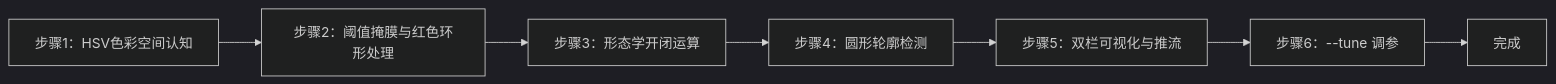
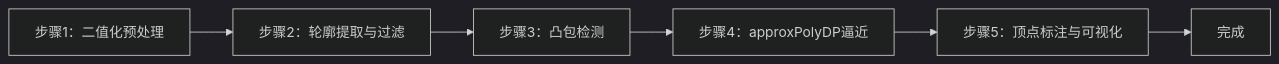
Before and after one commit to aibittek/course_generate_agent: the first of 6 diagrams in courses/sheet1/robot_vision/_parts/experiment-3.md, drawn with Mermaid (dark theme). The commit also changed other lines of this file and 98 other files, not shown here.

````diff
--- a/courses/sheet1/robot_vision/_parts/experiment-3.md
+++ b/courses/sheet1/robot_vision/_parts/experiment-3.md
@@ -76,9 +86,8 @@
 ```mermaid
 graph LR
-    A[步骤1：HSV色彩空间认知] --> B[步骤2：阈值掩膜与红色环形处理]
-    B --> C[步骤3：形态学开闭运算]
-    C --> D[步骤4：圆形轮廓检测]
-    D --> E[步骤5：双栏可视化与推流]
-    E --> F[步骤6：--tune 调参]
-    F --> G[完成]
+    A[步骤1：二值化预处理] --> B[步骤2：轮廓提取与过滤]
+    B --> C[步骤3：凸包检测]
+    C --> D[步骤4：approxPolyDP逼近]
+    D --> E[步骤5：顶点标注与可视化]
+    E --> F[完成]
 ```
````
